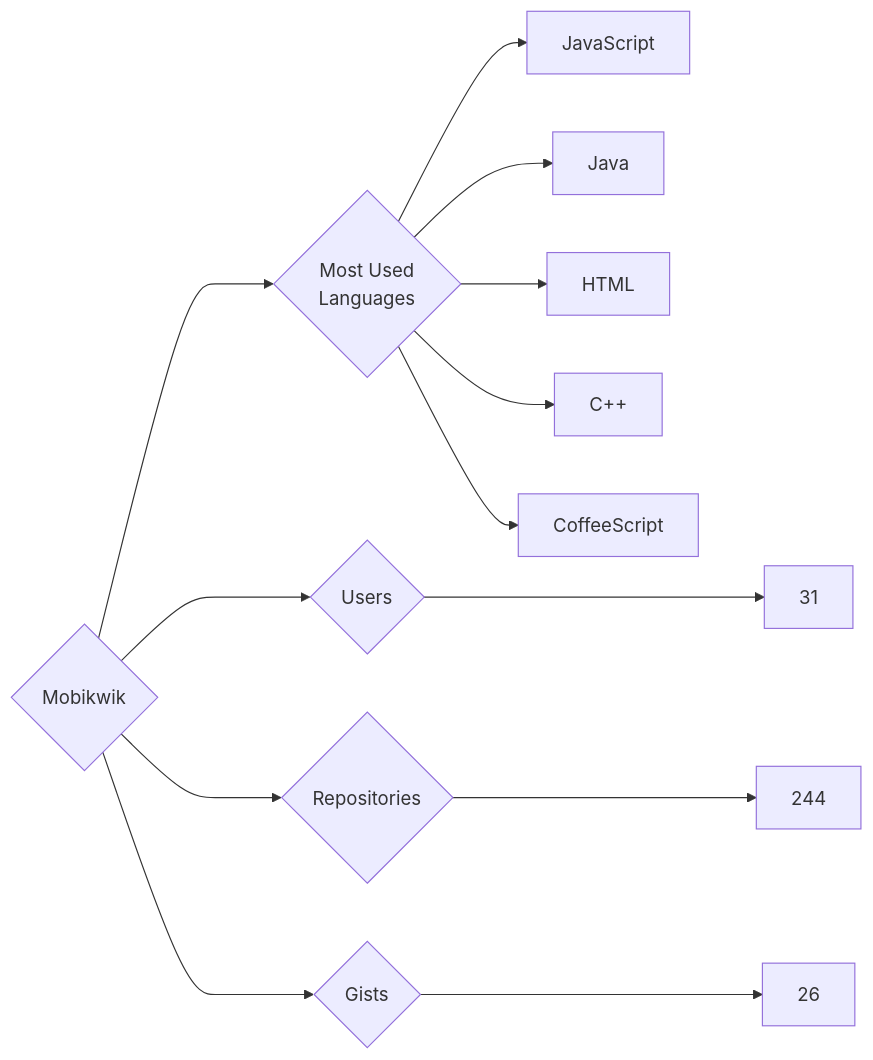
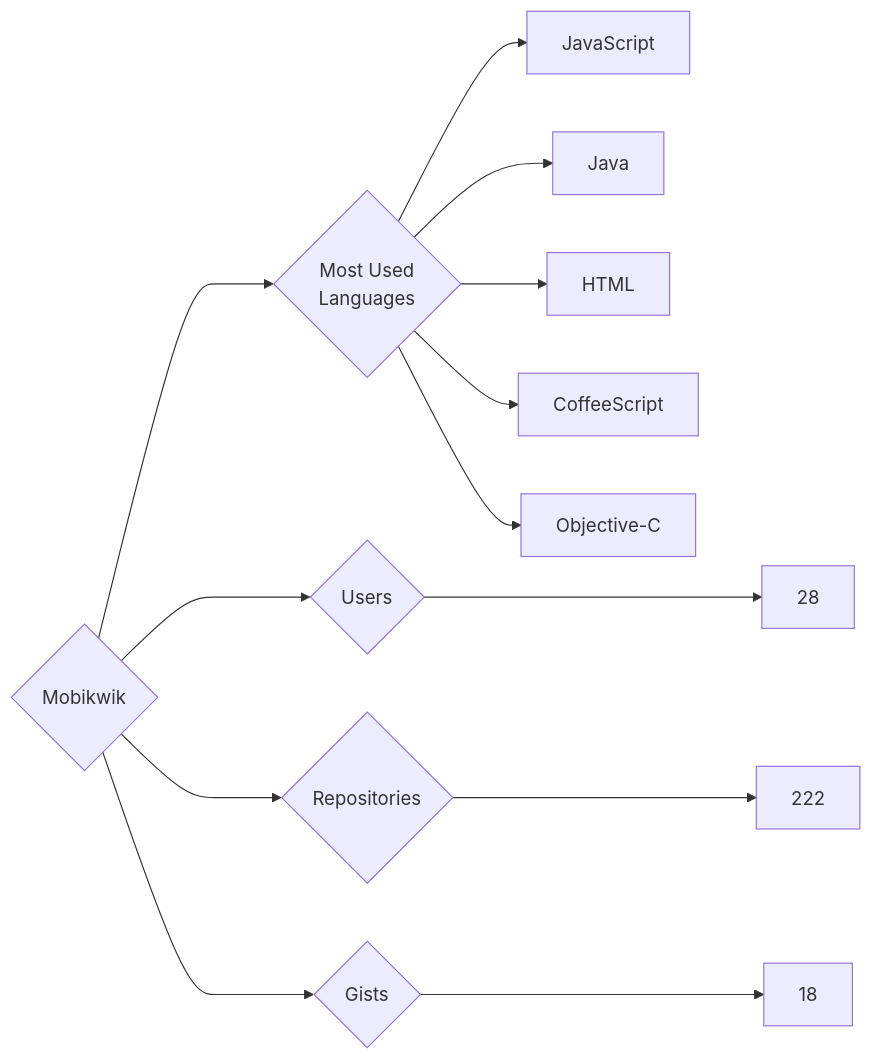
One commit to trickest/insiders changed the diagram in targets/Mobikwik/README.md. Above: the diagram before and after it, drawn with Mermaid. The commit also changed 964 other files, not shown here.

````diff
--- a/targets/Mobikwik/README.md
+++ b/targets/Mobikwik/README.md
@@ -3,13 +3,13 @@
 ```mermaid
 graph LR
 COMPANY_NAME{Mobikwik}
-COMPANY_NAME ---> U{Users} ---> UN[31]
-COMPANY_NAME ---> R{Repositories} ---> RN[244]
-COMPANY_NAME ---> G{Gists} ---> GN[26]
+COMPANY_NAME ---> U{Users} ---> UN[28]
+COMPANY_NAME ---> R{Repositories} ---> RN[222]
+COMPANY_NAME ---> G{Gists} ---> GN[18]
 COMPANY_NAME ---> ML{Most Used<br>Languages}
 ML --> JavaScript[JavaScript]
 ML --> Java[Java]
 ML --> HTML[HTML]
-ML --> C++[C++]
 ML --> CoffeeScript[CoffeeScript]
+ML --> Objective-C[Objective-C]
 ```
````
